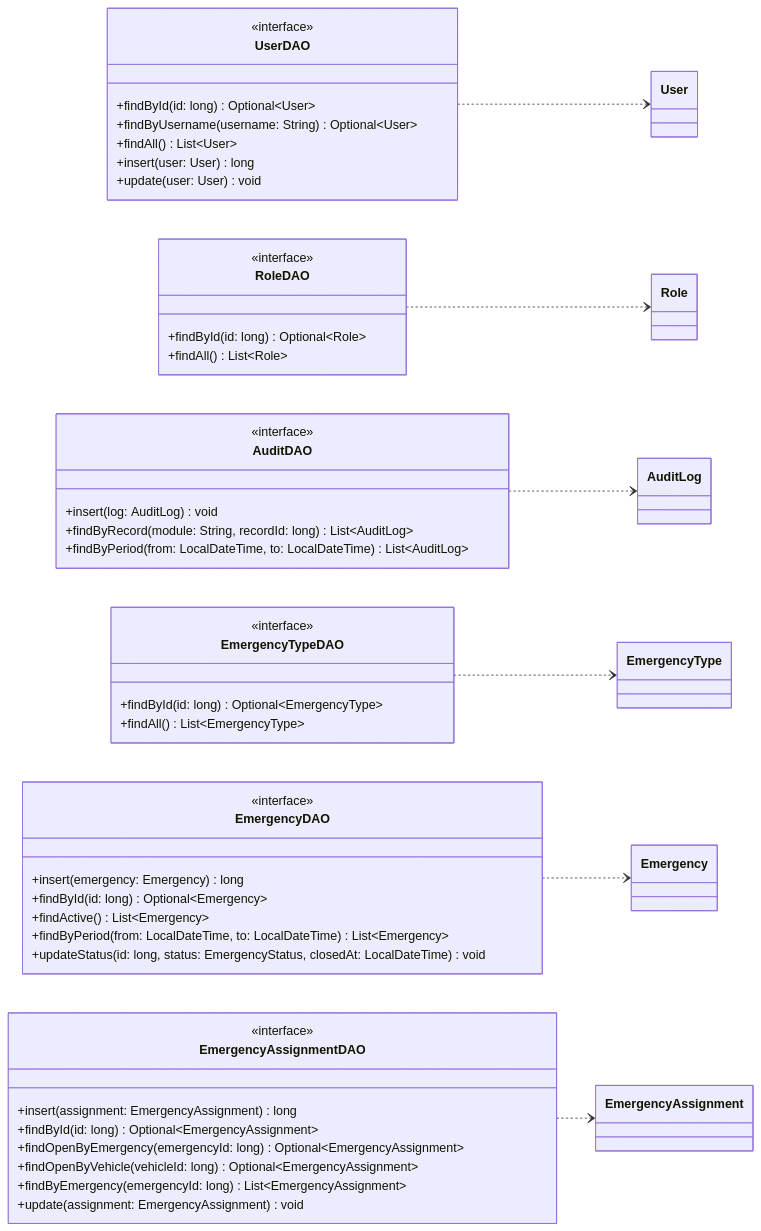
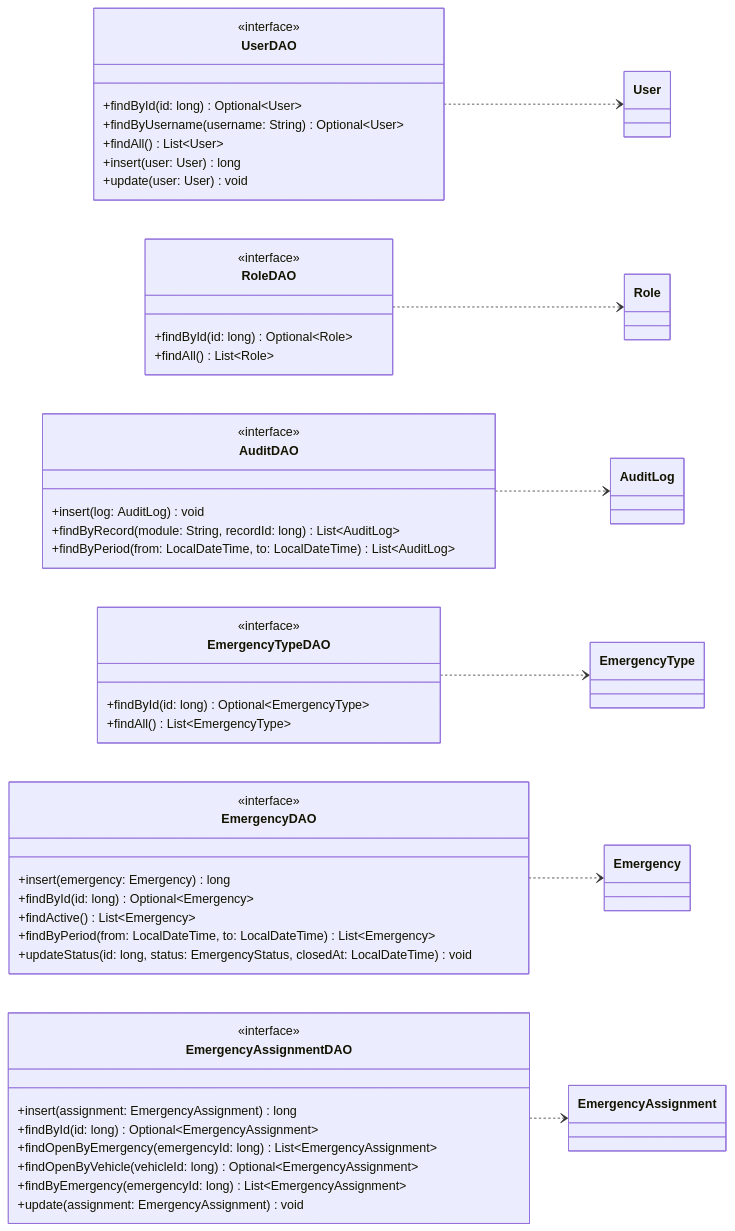
The tenth of 22 diagrams in docs/class-diagram.md (afzabaleta/RutaVida), drawn with Mermaid before and after one commit. The commit also changed other lines of this file, not shown here.

Commit message:
docs: sync-dispatch-daos

````diff
--- a/docs/class-diagram.md
+++ b/docs/class-diagram.md
@@ -674,63 +674,63 @@
 ```mermaid
 ---
 config:
   markdownAutoWrap: false
 ---
 classDiagram
     direction LR
 
     class UserDAO {
         <<interface>>
         +findById(id: long) Optional~User~
         +findByUsername(username: String) Optional~User~
         +findAll() List~User~
         +insert(user: User) long
         +update(user: User) void
     }
     class RoleDAO {
         <<interface>>
         +findById(id: long) Optional~Role~
         +findAll() List~Role~
     }
     class AuditDAO {
         <<interface>>
         +insert(log: AuditLog) void
         +findByRecord(module: String, recordId: long) List~AuditLog~
         +findByPeriod(from: LocalDateTime, to: LocalDateTime) List~AuditLog~
     }
     class EmergencyTypeDAO {
         <<interface>>
         +findById(id: long) Optional~EmergencyType~
         +findAll() List~EmergencyType~
     }
     class EmergencyDAO {
         <<interface>>
         +insert(emergency: Emergency) long
         +findById(id: long) Optional~Emergency~
         +findActive() List~Emergency~
         +findByPeriod(from: LocalDateTime, to: LocalDateTime) List~Emergency~
         +updateStatus(id: long, status: EmergencyStatus, closedAt: LocalDateTime) void
     }
     class EmergencyAssignmentDAO {
         <<interface>>
         +insert(assignment: EmergencyAssignment) long
         +findById(id: long) Optional~EmergencyAssignment~
-        +findOpenByEmergency(emergencyId: long) Optional~EmergencyAssignment~
+        +findOpenByEmergency(emergencyId: long) List~EmergencyAssignment~
         +findOpenByVehicle(vehicleId: long) Optional~EmergencyAssignment~
         +findByEmergency(emergencyId: long) List~EmergencyAssignment~
         +update(assignment: EmergencyAssignment) void
     }
     class User
     class Role
     class AuditLog
     class EmergencyType
     class Emergency
     class EmergencyAssignment
 
     UserDAO ..> User
     RoleDAO ..> Role
     AuditDAO ..> AuditLog
     EmergencyTypeDAO ..> EmergencyType
     EmergencyDAO ..> Emergency
     EmergencyAssignmentDAO ..> EmergencyAssignment
 ```
````
